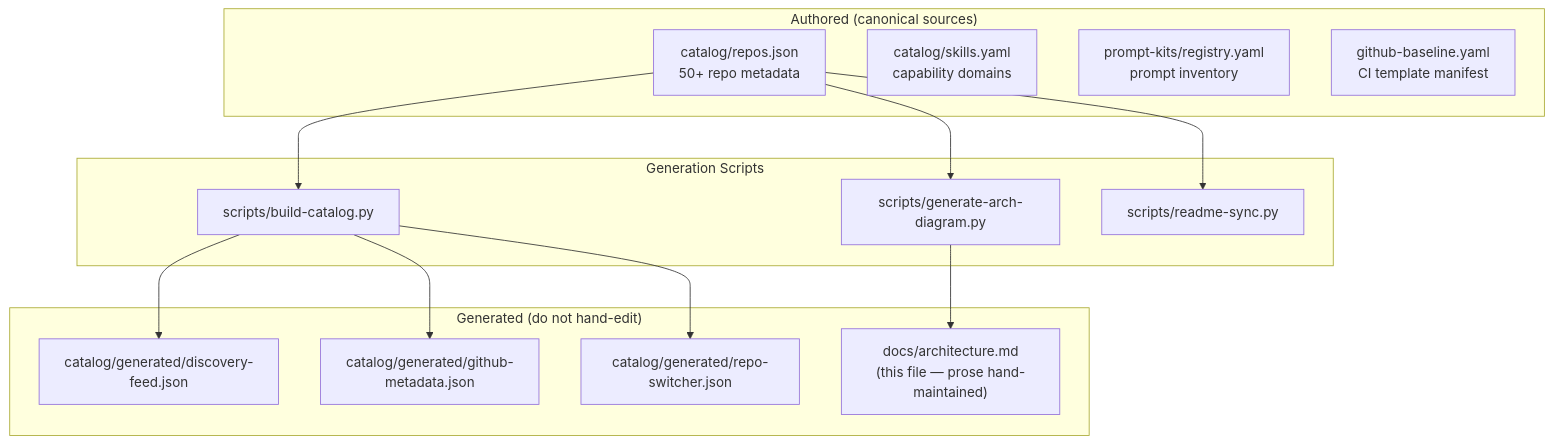
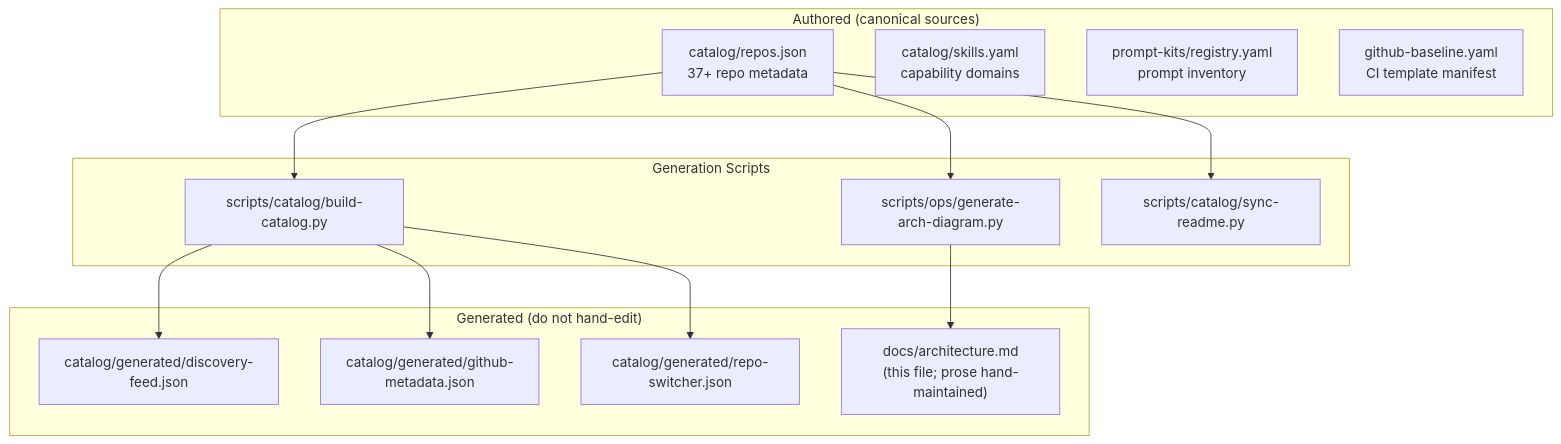
Before and after one commit to alawein/alawein: the fifth of 6 diagrams in docs/architecture.md, drawn with Mermaid. The commit also changed other lines of this file and 74 other files, not shown here.

````diff
--- a/docs/architecture.md
+++ b/docs/architecture.md
@@ -151,26 +151,26 @@
 ```mermaid
 graph TD
   subgraph authored["Authored (canonical sources)"]
-    repos_json["catalog/repos.json\n50+ repo metadata"]
+    repos_json["catalog/repos.json\n37+ repo metadata"]
     skills_yaml["catalog/skills.yaml\ncapability domains"]
     pk_registry["prompt-kits/registry.yaml\nprompt inventory"]
     baseline["github-baseline.yaml\nCI template manifest"]
   end
 
   subgraph generated["Generated (do not hand-edit)"]
     disc["catalog/generated/discovery-feed.json"]
     gh_meta["catalog/generated/github-metadata.json"]
     switcher["catalog/generated/repo-switcher.json"]
-    arch_md["docs/architecture.md\n(this file — prose hand-maintained)"]
+    arch_md["docs/architecture.md\n(this file; prose hand-maintained)"]
   end
 
   subgraph scripts["Generation Scripts"]
-    build_cat["scripts/build-catalog.py"]
-    gen_arch["scripts/generate-arch-diagram.py"]
-    sync_readme["scripts/readme-sync.py"]
+    build_cat["scripts/catalog/build-catalog.py"]
+    gen_arch["scripts/ops/generate-arch-diagram.py"]
+    sync_readme["scripts/catalog/sync-readme.py"]
   end
 
   repos_json --> build_cat --> disc & gh_meta & switcher
   repos_json --> gen_arch --> arch_md
   repos_json --> sync_readme
 ```
````
